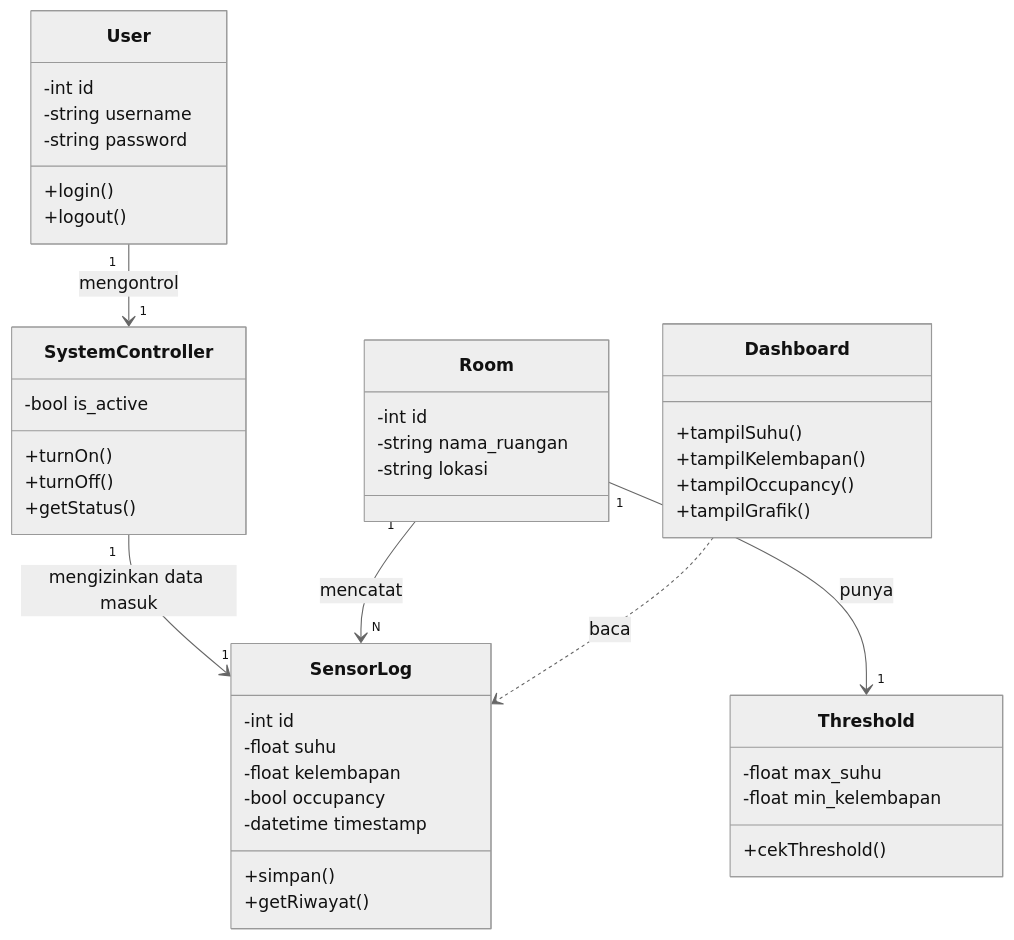
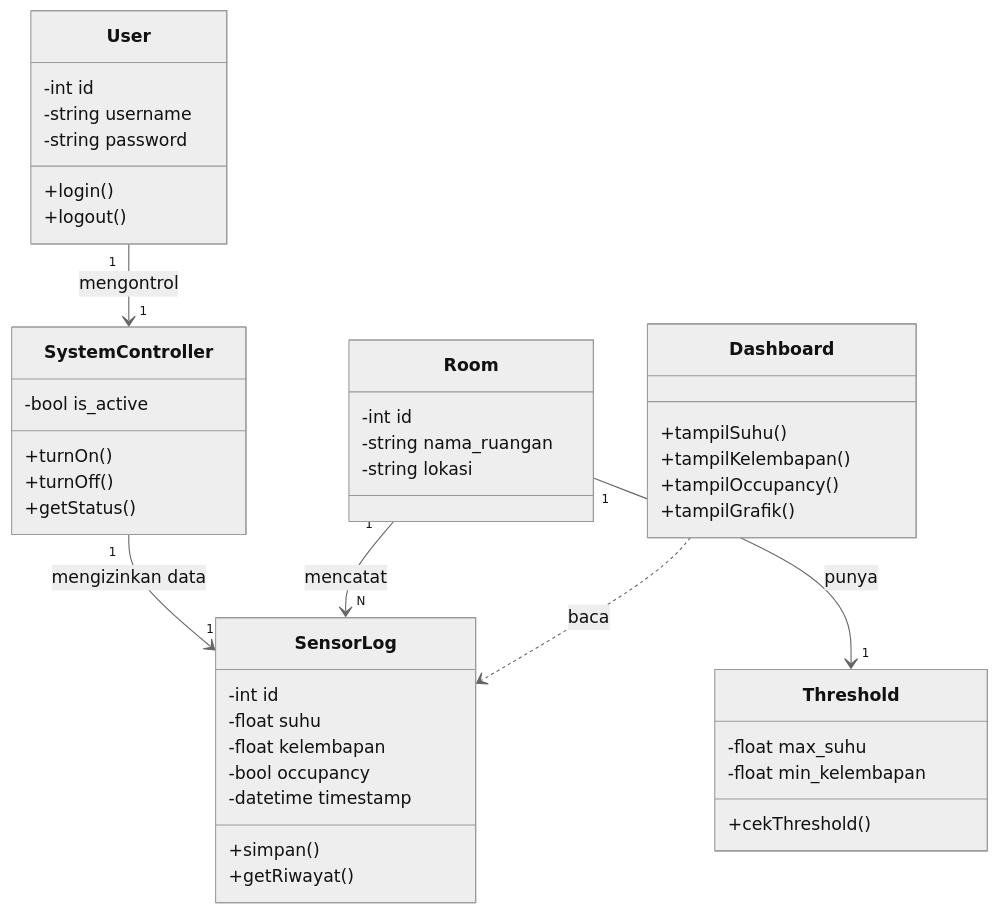
The fourth of 5 diagrams in sprint-2/System_Modeling/01-analisis-sistem.md (RPLUNIT052026/kelompok4-digitaltwin), drawn with Mermaid (neutral theme) before and after one commit. The commit also changed other lines of this file, not shown here.

First line of the commit message:
Refine system analysis documentation and terminology

````diff
--- a/sprint-2/System_Modeling/01-analisis-sistem.md
+++ b/sprint-2/System_Modeling/01-analisis-sistem.md
@@ -112,52 +112,52 @@
 ```mermaid
 classDiagram
     class User {
         -int id
         -string username
         -string password
         +login()
         +logout()
     }
     
     class SystemController {
         -bool is_active
         +turnOn()
         +turnOff()
         +getStatus()
     }
     
     class Room {
         -int id
         -string nama_ruangan
         -string lokasi
     }
     
     class Threshold {
         -float max_suhu
         -float min_kelembapan
         +cekThreshold()
     }
     
     class SensorLog {
         -int id
         -float suhu
         -float kelembapan
         -bool occupancy
         -datetime timestamp
         +simpan()
         +getRiwayat()
     }
     
     class Dashboard {
         +tampilSuhu()
         +tampilKelembapan()
         +tampilOccupancy()
         +tampilGrafik()
     }
     
     User "1" --> "1" SystemController : mengontrol
-    SystemController "1" --> "1" SensorLog : mengizinkan data masuk
+    SystemController "1" --> "1" SensorLog : mengizinkan data
     Room "1" --> "1" Threshold : punya
     Room "1" --> "N" SensorLog : mencatat
     Dashboard ..> SensorLog : baca
 ```
````
